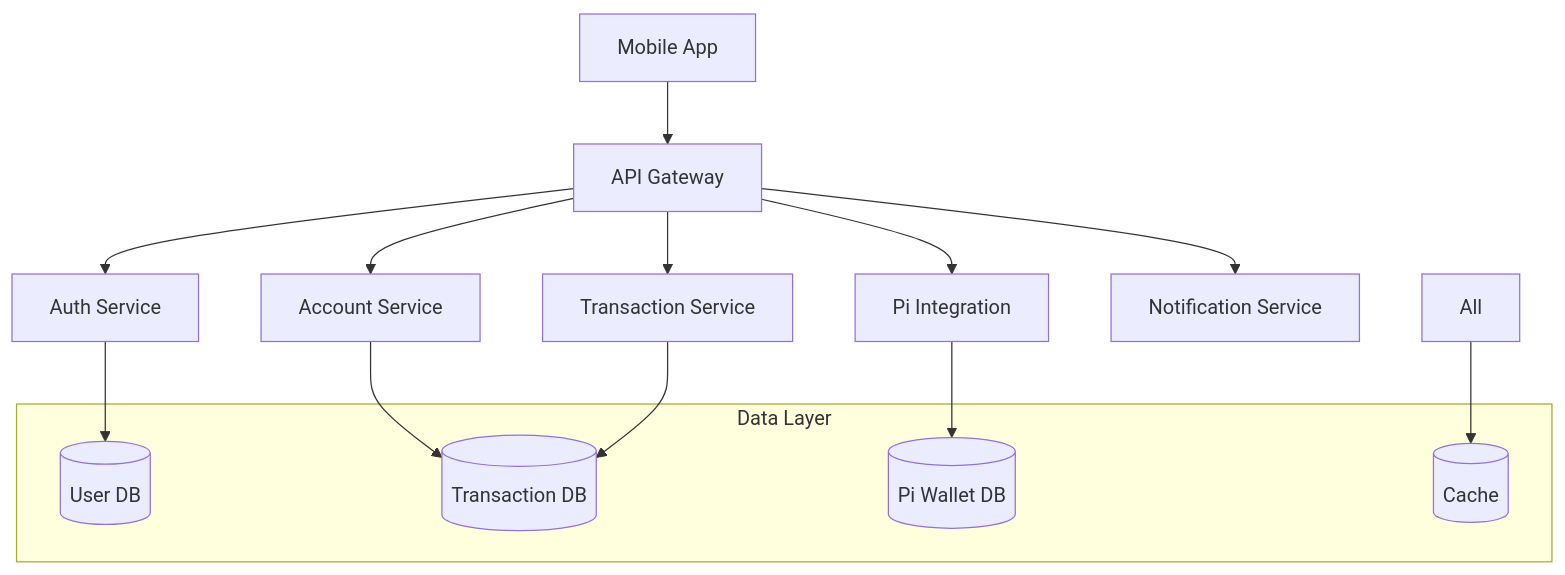
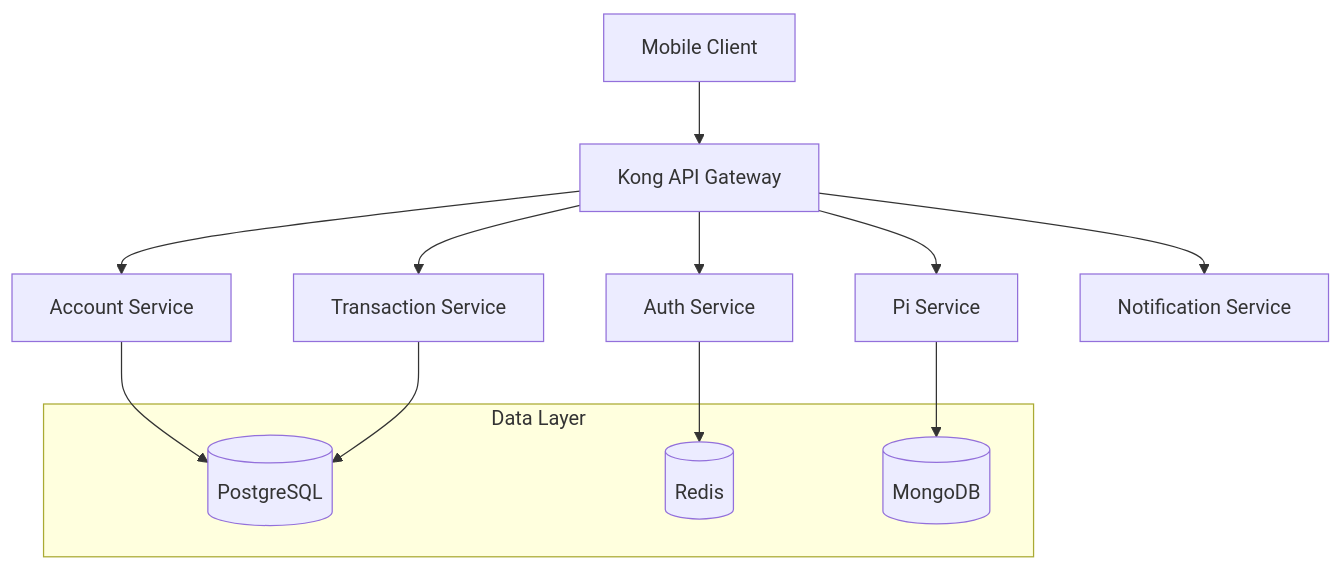
One commit to Aymanseif/FPBE-First-Pimisr-Bank-Elmahrosa changed the first of 2 diagrams in README.md. Above: the diagram before and after it, drawn with Mermaid. The commit also changed other lines of this file and 88 other files, not shown here.

````diff
--- a/README.md
+++ b/README.md
@@ -100,22 +9,20 @@
 ```mermaid
 graph TD
-    A[Mobile App] --> B[API Gateway]
+    A[Mobile Client] --> B[Kong API Gateway]
     B --> C[Auth Service]
     B --> D[Account Service]
     B --> E[Transaction Service]
-    B --> F[Pi Integration]
+    B --> F[Pi Service]
     B --> G[Notification Service]
     
     subgraph Data Layer
-        H[(User DB)]
-        I[(Transaction DB)]
-        J[(Pi Wallet DB)]
-        K[(Cache)]
+        H[(PostgreSQL)]
+        I[(Redis)]
+        J[(MongoDB)]
     end
     
-    C --> H
-    D --> I
-    E --> I
+    D --> H
+    E --> H
     F --> J
-    All --> K
+    C --> I
 ```
````
